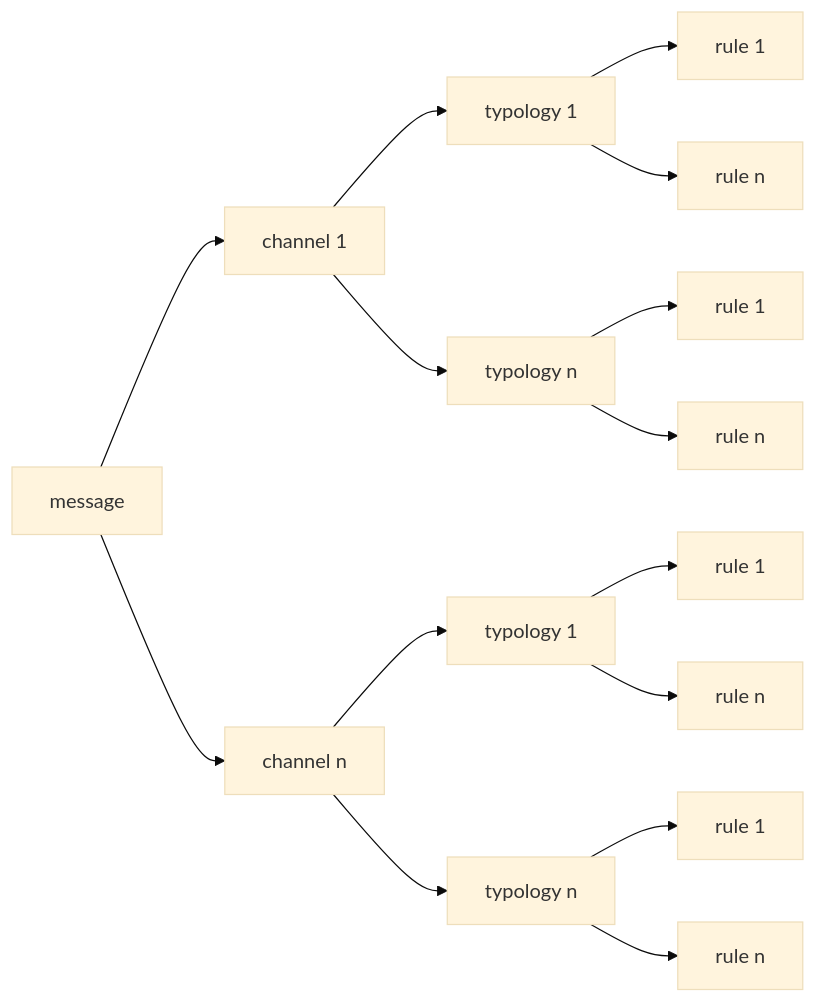
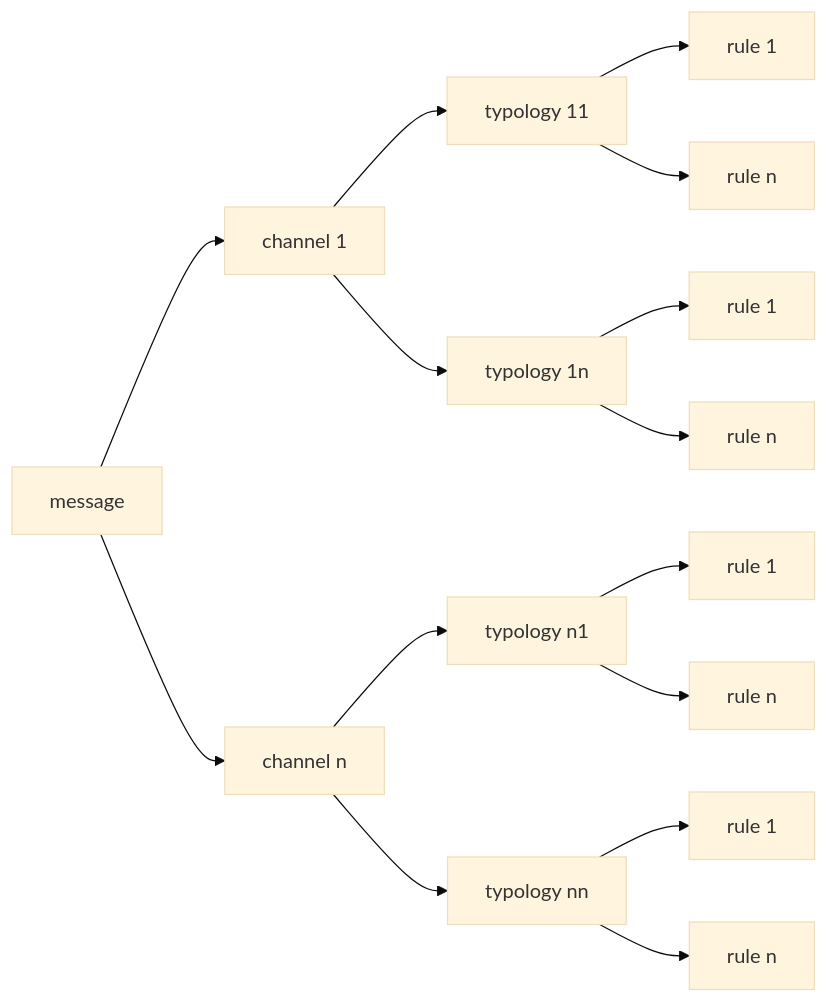
The second of 2 diagrams in Product/channel-router-and-setup-processor.md (tazama-lf/docs), drawn with Mermaid (base theme) before and after one commit.

Commit message:
docs: Fixed mermaid diagram

````diff
--- a/Product/channel-router-and-setup-processor.md
+++ b/Product/channel-router-and-setup-processor.md
@@ -39,19 +39,19 @@
 ```mermaid
 flowchart LR
 
 msg[message]
 msg --> ch1[channel 1]
 msg --> chn[channel n]
-ch1 --> tp11[typology 1]
-ch1 --> tp1n[typology n]
-chn --> tpn1[typology 1]
-chn --> tpnn[typology n]
+ch1 --> tp11[typology 11]
+ch1 --> tp1n[typology 1n]
+chn --> tpn1[typology n1]
+chn --> tpnn[typology nn]
 tp11 --> r111[rule 1]
 tp11 --> r11n[rule n]
 tp1n --> r1n1[rule 1]
 tp1n --> r1nn[rule n]
 tpn1 --> rn11[rule 1]
 tpn1 --> rn1n[rule n]
 tpnn --> rnn1[rule 1]
 tpnn --> rnnn[rule n]
 ```
````
